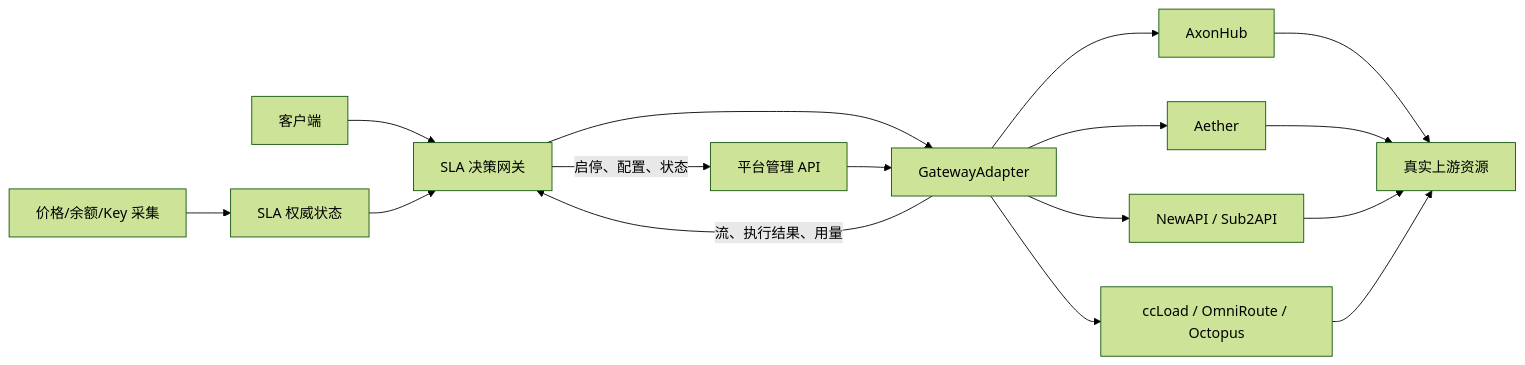
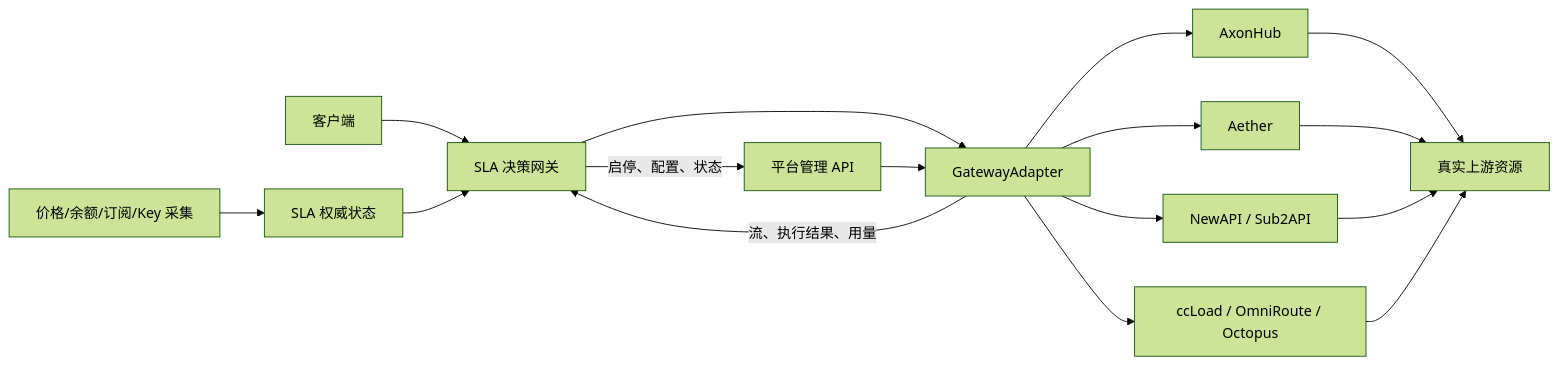
Before and after one commit to wuhao1477/multi-upstream-ai-gateway-sla: the diagram in docs/tech-selection/research/control-boundary.md, drawn with Mermaid (forest theme). The commit also changed other lines of this file and 12 other files, not shown here.

````diff
--- a/docs/tech-selection/research/control-boundary.md
+++ b/docs/tech-selection/research/control-boundary.md
@@ -7,18 +7,18 @@
 ```mermaid
 flowchart LR
     C["客户端"] --> S["SLA 决策网关"]
     S --> E["GatewayAdapter"]
     E --> A["AxonHub"]
     E --> AE["Aether"]
     E --> N["NewAPI / Sub2API"]
     E --> O["ccLoad / OmniRoute / Octopus"]
     A --> U1["真实上游资源"]
     AE --> U1
     N --> U1
     O --> U1
     E -->|"流、执行结果、用量"| S
-    P["价格/余额/Key 采集"] --> D["SLA 权威状态"]
+    P["价格/余额/订阅/Key 采集"] --> D["SLA 权威状态"]
     D --> S
     S -->|"启停、配置、状态"| M["平台管理 API"]
     M --> E
 ```
````
